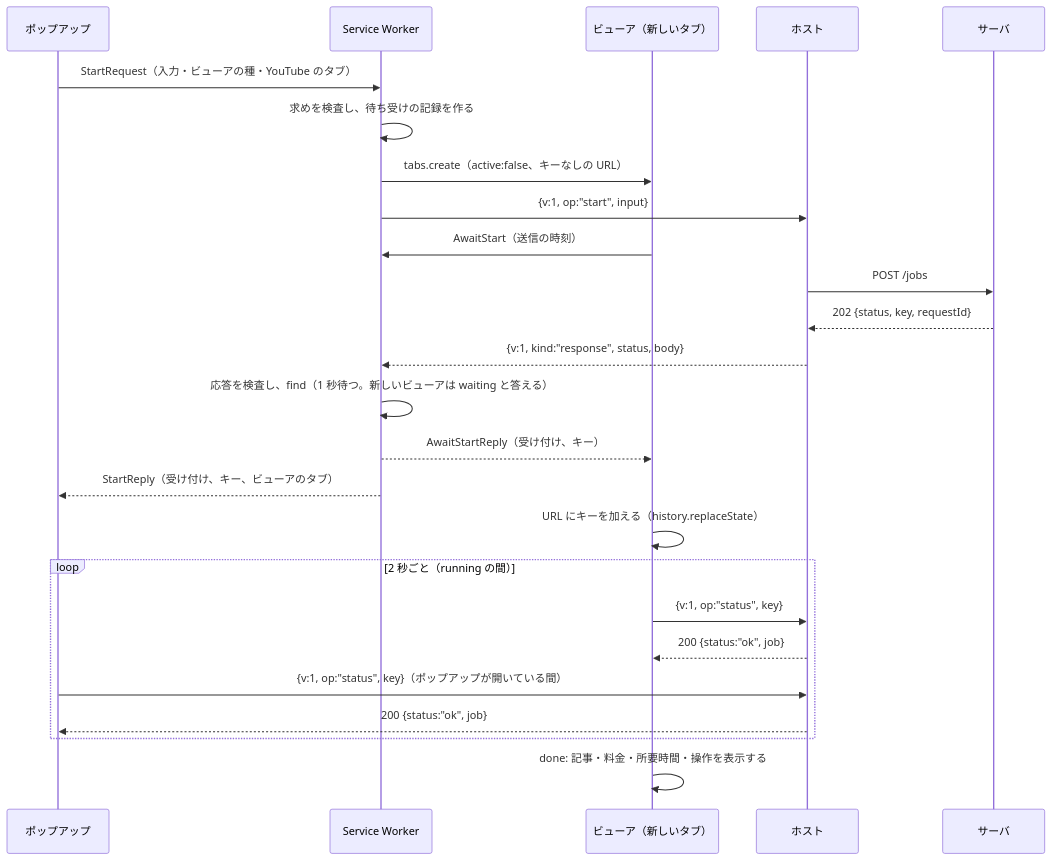
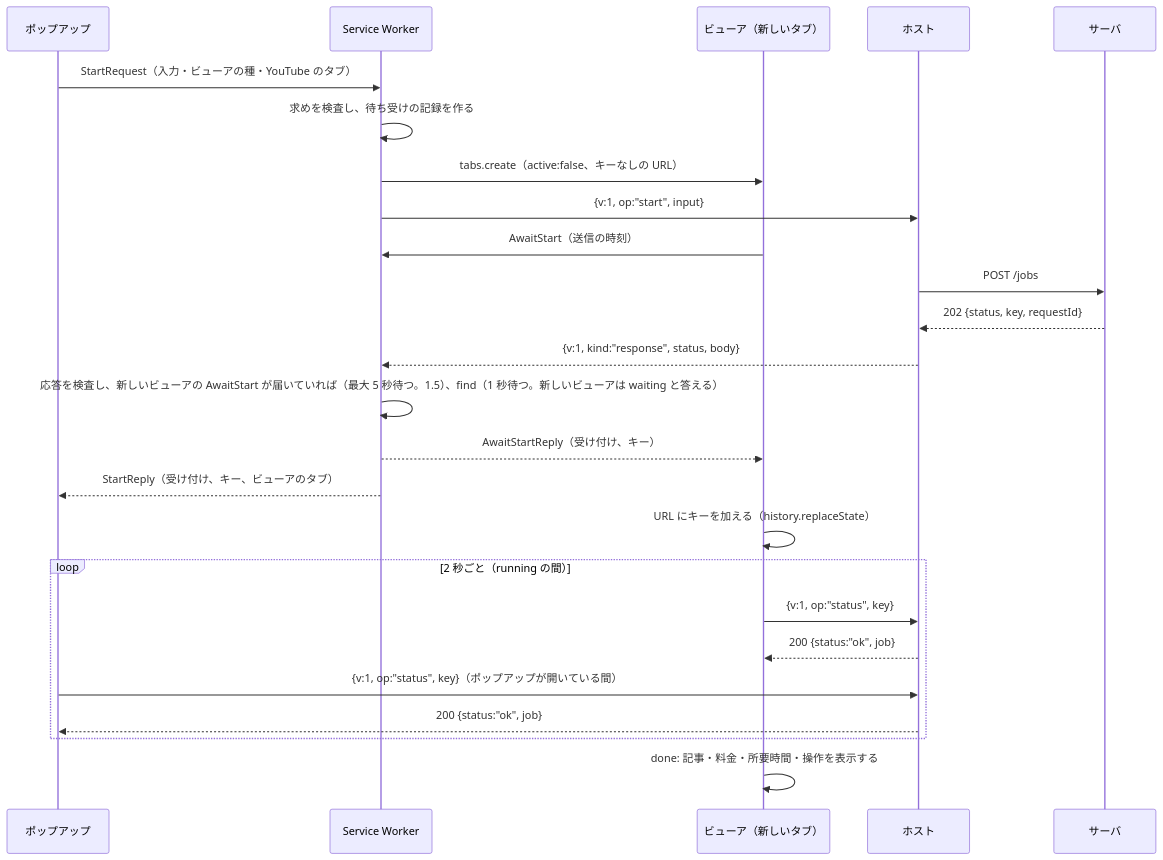
The fourth of 11 diagrams in docs/tasks/0050_viewer_tab/02_architecture.md (isseis/yt2column), drawn with Mermaid before and after one commit. The commit also changed other lines of this file and 3 other files, not shown here.

````diff
--- a/docs/tasks/0050_viewer_tab/02_architecture.md
+++ b/docs/tasks/0050_viewer_tab/02_architecture.md
@@ -296,28 +300,28 @@
 ```mermaid
 sequenceDiagram
     participant P as ポップアップ
     participant S as Service Worker
     participant V as ビューア（新しいタブ）
     participant H as ホスト
     participant Srv as サーバ
 
     P->>S: StartRequest（入力・ビューアの種・YouTube のタブ）
     S->>S: 求めを検査し、待ち受けの記録を作る
     S->>V: tabs.create（active:false、キーなしの URL）
     S->>H: {v:1, op:"start", input}
     V->>S: AwaitStart（送信の時刻）
     H->>Srv: POST /jobs
     Srv-->>H: 202 {status, key, requestId}
     H-->>S: {v:1, kind:"response", status, body}
-    S->>S: 応答を検査し、find（1 秒待つ。新しいビューアは waiting と答える）
+    S->>S: 応答を検査し、新しいビューアの AwaitStart が届いていれば（最大 5 秒待つ。1.5）、find（1 秒待つ。新しいビューアは waiting と答える）
     S-->>V: AwaitStartReply（受け付け、キー）
     S-->>P: StartReply（受け付け、キー、ビューアのタブ）
     V->>V: URL にキーを加える（history.replaceState）
     loop 2 秒ごと（running の間）
         V->>H: {v:1, op:"status", key}
         H-->>V: 200 {status:"ok", job}
         P->>H: {v:1, op:"status", key}（ポップアップが開いている間）
         H-->>P: 200 {status:"ok", job}
     end
     V->>V: done: 記事・料金・所要時間・操作を表示する
 ```
````
